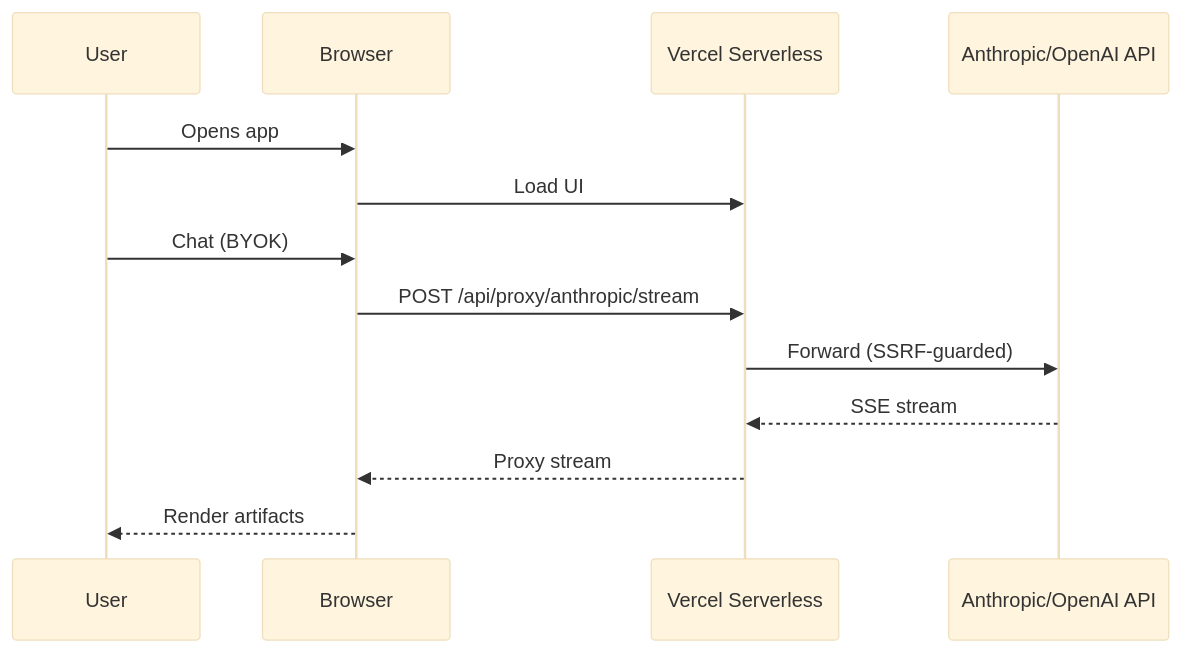
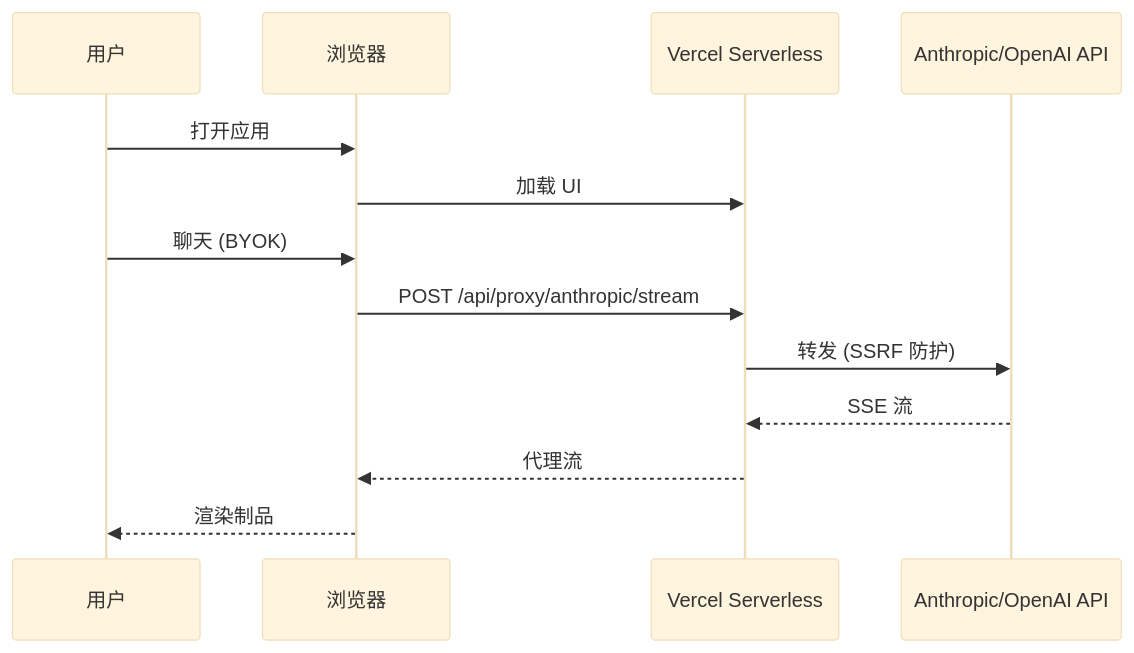
The fourth of 12 diagrams in docs/codebase/ARCHITECTURE.md (nmsn/open-design), drawn with Mermaid (base theme) before and after one commit. The commit also changed other lines of this file and 2 other files, not shown here.

````diff
--- a/docs/codebase/ARCHITECTURE.md
+++ b/docs/codebase/ARCHITECTURE.md
@@ -94,16 +94,16 @@
 ```mermaid
 sequenceDiagram
-    participant U as User
-    participant B as Browser
+    participant U as 用户
+    participant B as 浏览器
     participant V as Vercel Serverless
     participant API as Anthropic/OpenAI API
 
-    U->>B: Opens app
-    B->>V: Load UI
-    U->>B: Chat (BYOK)
+    U->>B: 打开应用
+    B->>V: 加载 UI
+    U->>B: 聊天 (BYOK)
     B->>V: POST /api/proxy/anthropic/stream
-    V->>API: Forward (SSRF-guarded)
-    API-->>V: SSE stream
-    V-->>B: Proxy stream
-    B-->>U: Render artifacts
+    V->>API: 转发 (SSRF 防护)
+    API-->>V: SSE 流
+    V-->>B: 代理流
+    B-->>U: 渲染制品
 ```
````
